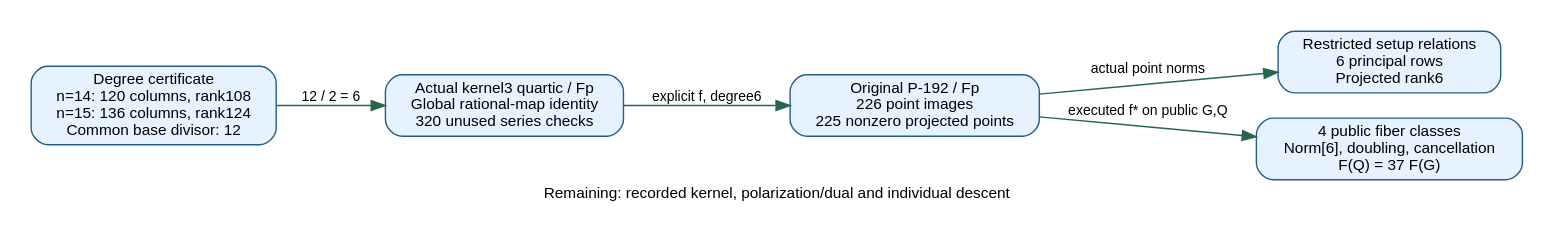
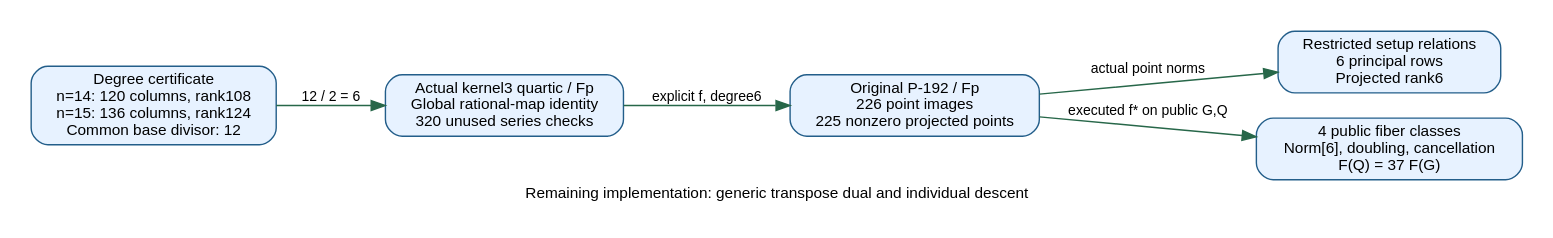
The diagram in research/nist_cover_three_tests_20261116/figures/backmap.dot (isogeny-labs/crypto), drawn with Graphviz before and after one commit. The commit also changed 71 other files, not shown here.

Commit message:
Identify recorded P192 genus3 kernel quotient with degree and polarization proof

```diff
--- a/research/nist_cover_three_tests_20261116/figures/backmap.dot
+++ b/research/nist_cover_three_tests_20261116/figures/backmap.dot
@@ -1,15 +1,15 @@
 digraph backmap {
   graph [rankdir=LR,bgcolor="white",pad=0.2,ranksep=0.4];
   node [shape=box,style="rounded,filled",fontname="Helvetica",fontsize=11,fillcolor="#e7f2ff",color="#235e8a"];
   edge [fontname="Helvetica",fontsize=10,color="#276749"];
-  graph [label="Remaining: recorded kernel, polarization/dual and individual descent",labelloc=b,fontname="Helvetica",fontsize=11];
+  graph [label="Remaining implementation: generic transpose dual and individual descent",labelloc=b,fontname="Helvetica",fontsize=11];
   quartic [label="Actual kernel3 quartic / Fp\nGlobal rational-map identity\n320 unused series checks"];
   degree [label="Degree certificate\nn=14: 120 columns, rank108\nn=15: 136 columns, rank124\nCommon base divisor: 12"];
   elliptic [label="Original P-192 / Fp\n226 point images\n225 nonzero projected points"];
   rows [label="Restricted setup relations\n6 principal rows\nProjected rank6"];
   pull [label="4 public fiber classes\nNorm[6], doubling, cancellation\nF(Q) = 37 F(G)"];
   quartic -> elliptic [label="explicit f, degree6"];
   degree -> quartic [label="12 / 2 = 6"];
   elliptic -> rows [label="actual point norms"];
   elliptic -> pull [label="executed f* on public G,Q"];
 }
```
